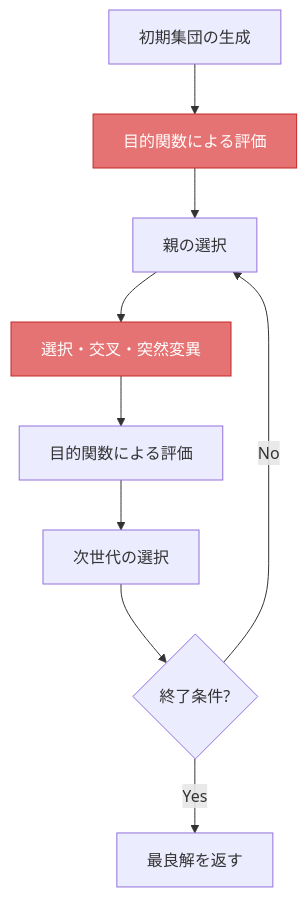
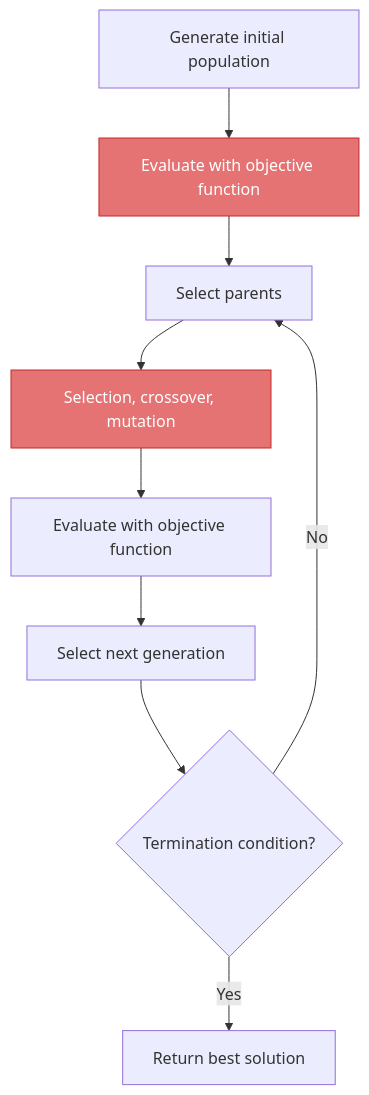
The first of 2 diagrams in docs/getting_started/what_is_saealib.md (shlka/saealib), drawn with Mermaid before and after one commit. The commit also changed other lines of this file and 177 other files, not shown here.

````diff
--- a/docs/getting_started/what_is_saealib.md
+++ b/docs/getting_started/what_is_saealib.md
@@ -15,14 +18,14 @@
 ```{mermaid}
 flowchart TD
-    A[初期集団の生成] --> B["目的関数による評価"]
-    B --> C[親の選択]
-    C --> D[選択・交叉・突然変異]
-    D --> E["目的関数による評価"]
-    E --> F[次世代の選択]
-    F --> G{終了条件?}
+    A[Generate initial population] --> B["Evaluate with objective function"]
+    B --> C[Select parents]
+    C --> D[Selection, crossover, mutation]
+    D --> E["Evaluate with objective function"]
+    E --> F[Select next generation]
+    F --> G{Termination condition?}
     G -- No --> C
-    G -- Yes --> H[最良解を返す]
+    G -- Yes --> H[Return best solution]
 
     style B fill:#e57373,color:#fff,stroke:#c62828
     style D fill:#e57373,color:#fff,stroke:#c62828
 ```
````
